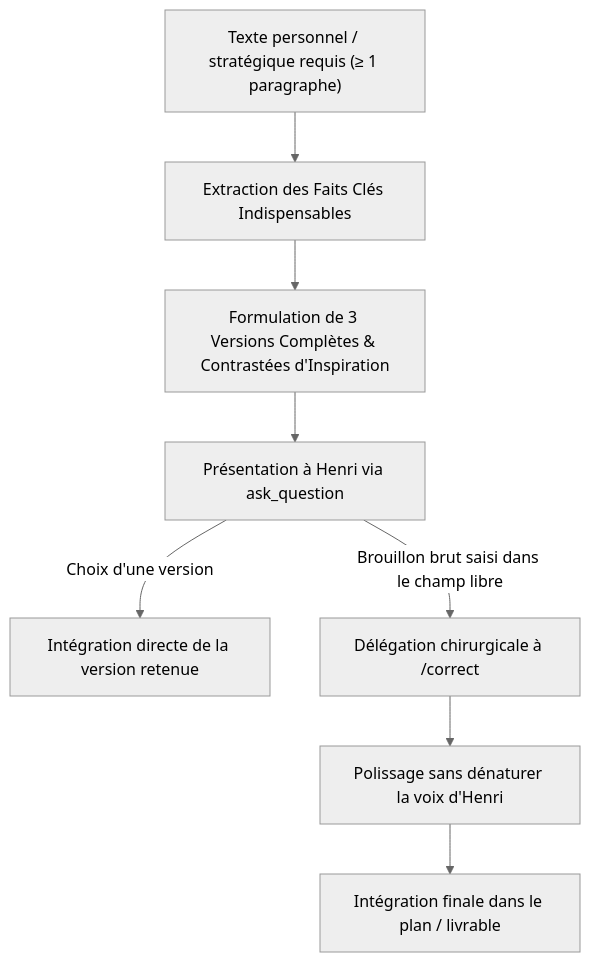
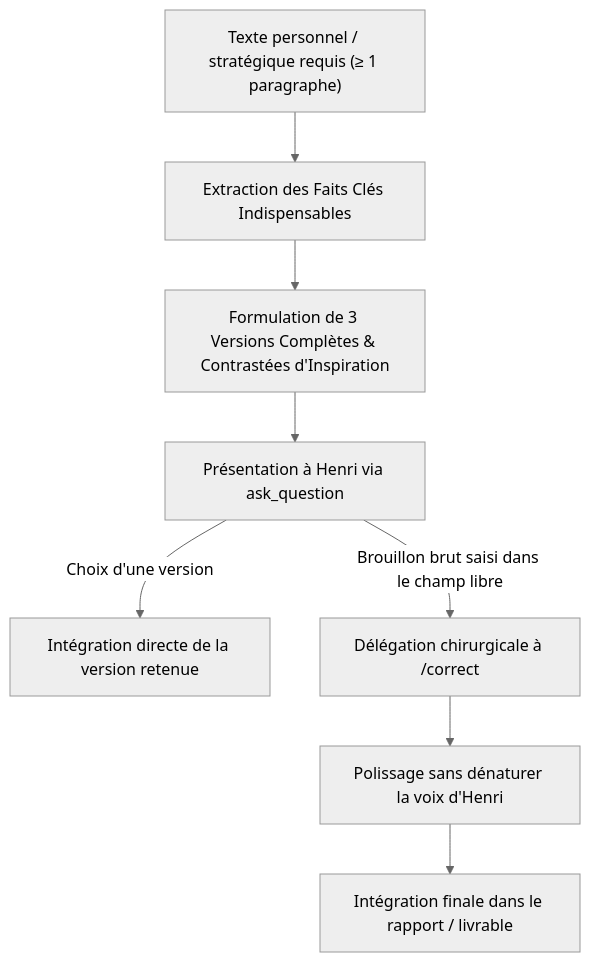
Before and after one commit to hjamet/cursor-memory-bank: the second of 2 diagrams in src/skills/scout/SKILL.md, drawn with Mermaid (neutral theme). The commit also changed other lines of this file and 1 other file, not shown here.

````diff
--- a/src/skills/scout/SKILL.md
+++ b/src/skills/scout/SKILL.md
@@ -97,10 +120,10 @@
 ```mermaid
 flowchart TD
     A["Texte personnel / stratégique requis (≥ 1 paragraphe)"] --> B["Extraction des Faits Clés Indispensables"]
     B --> C["Formulation de 3 Versions Complètes & Contrastées d'Inspiration"]
     C --> D["Présentation à Henri via ask_question"]
     D -->|Choix d'une version| E["Intégration directe de la version retenue"]
     D -->|Brouillon brut saisi dans le champ libre| F["Délégation chirurgicale à /correct"]
     F --> G["Polissage sans dénaturer la voix d'Henri"]
-    G --> H["Intégration finale dans le plan / livrable"]
+    G --> H["Intégration finale dans le rapport / livrable"]
 ```
````
